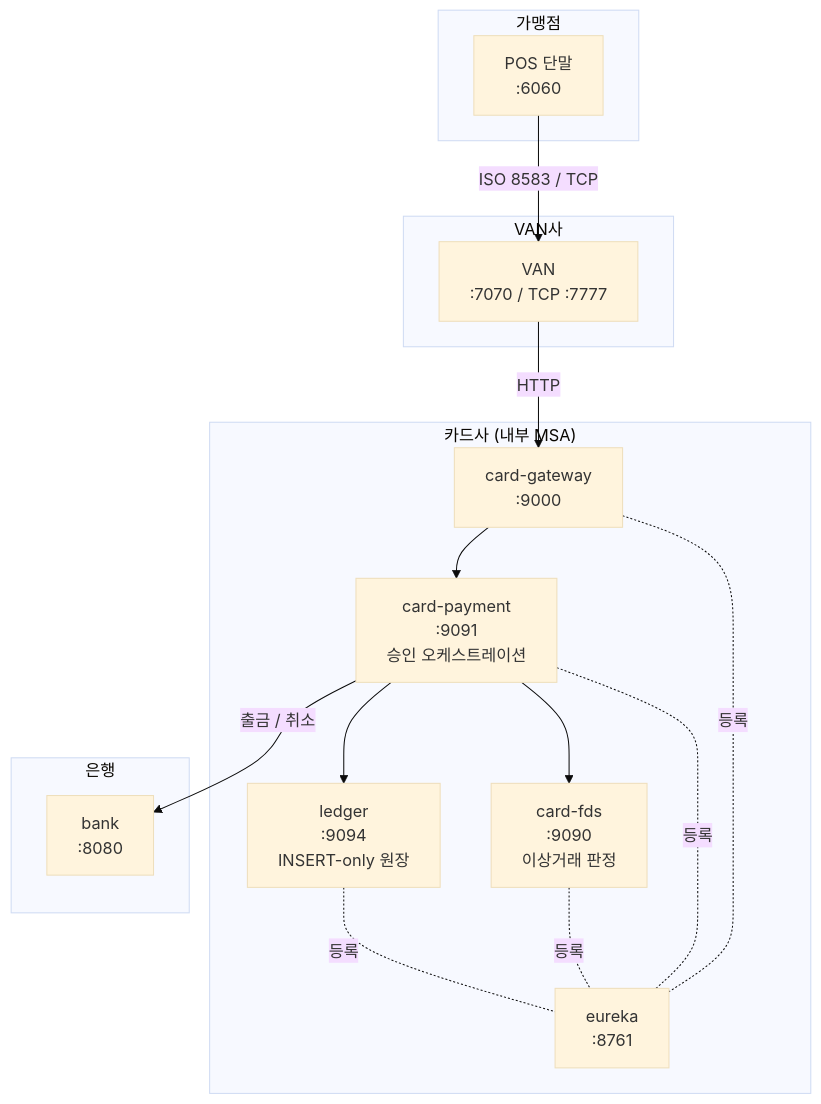
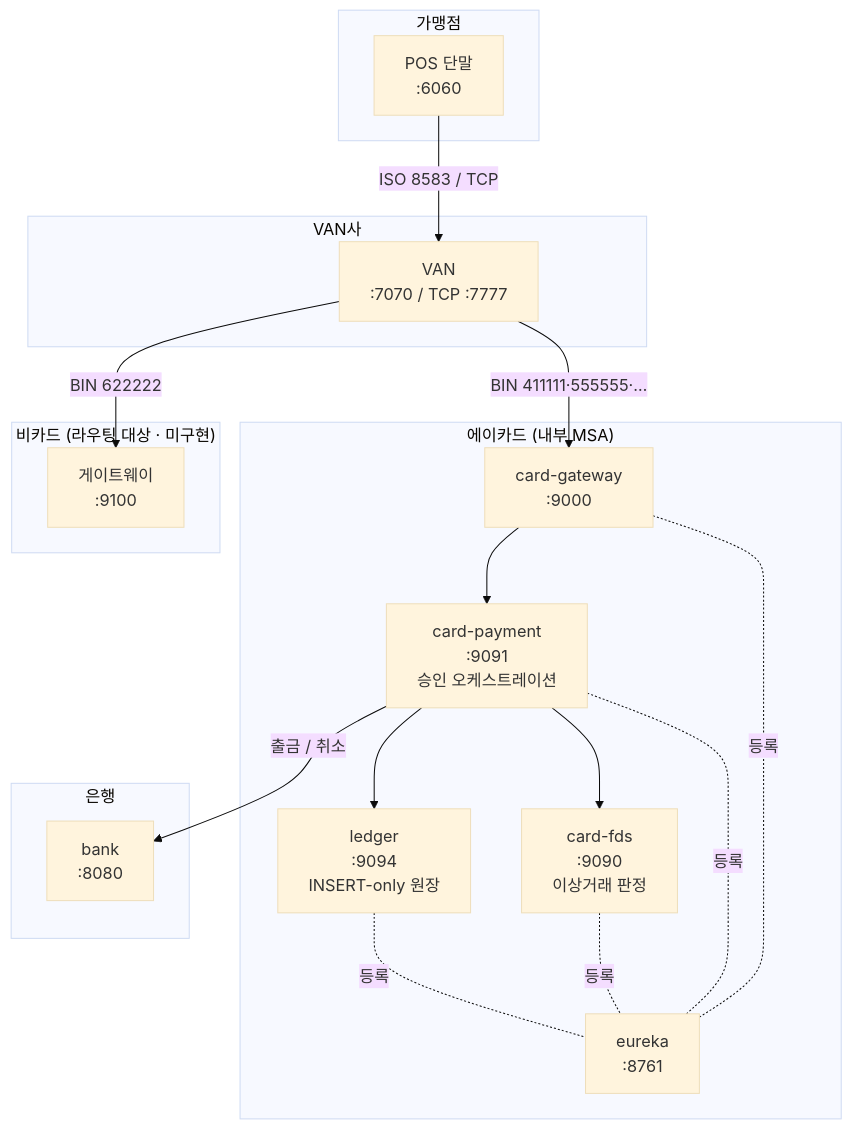
The diagram in README.md (noiskk/card-payment-system), drawn with Mermaid (base theme) before and after one commit. The commit also changed other lines of this file, not shown here.

Commit message:
docs: VAN의 BIN 기반 카드사 라우팅 반영

````diff
--- a/README.md
+++ b/README.md
@@ -23,33 +23,38 @@
 ```mermaid
 flowchart TB
     subgraph merchant["가맹점"]
         POS["POS 단말<br/>:6060"]
     end
 
     subgraph vanco["VAN사"]
         VAN["VAN<br/>:7070 / TCP :7777"]
     end
 
-    subgraph issuer["카드사 (내부 MSA)"]
+    subgraph issuer["에이카드 (내부 MSA)"]
         GW["card-gateway<br/>:9000"]
         AUTH["card-payment<br/>:9091<br/>승인 오케스트레이션"]
         FDS["card-fds<br/>:9090<br/>이상거래 판정"]
         LED["ledger<br/>:9094<br/>INSERT-only 원장"]
         EUR["eureka<br/>:8761"]
     end
 
+    subgraph issuer2["비카드 (라우팅 대상 · 미구현)"]
+        GW2["게이트웨이<br/>:9100"]
+    end
+
     subgraph bankco["은행"]
         BANK["bank<br/>:8080"]
     end
 
     POS -- "ISO 8583 / TCP" --> VAN
-    VAN -- HTTP --> GW
+    VAN -- "BIN 411111·555555·…" --> GW
+    VAN -- "BIN 622222" --> GW2
     GW --> AUTH
     AUTH --> FDS
     AUTH --> LED
     AUTH -- "출금 / 취소" --> BANK
     GW -.등록.- EUR
     AUTH -.등록.- EUR
     FDS -.등록.- EUR
     LED -.등록.- EUR
 ```
````
